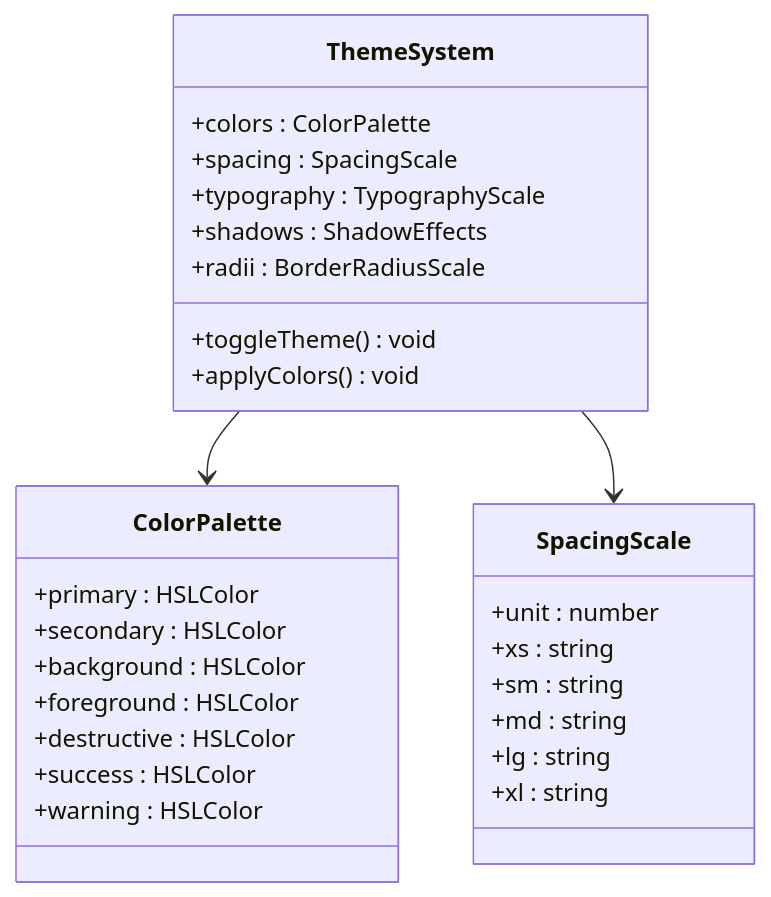
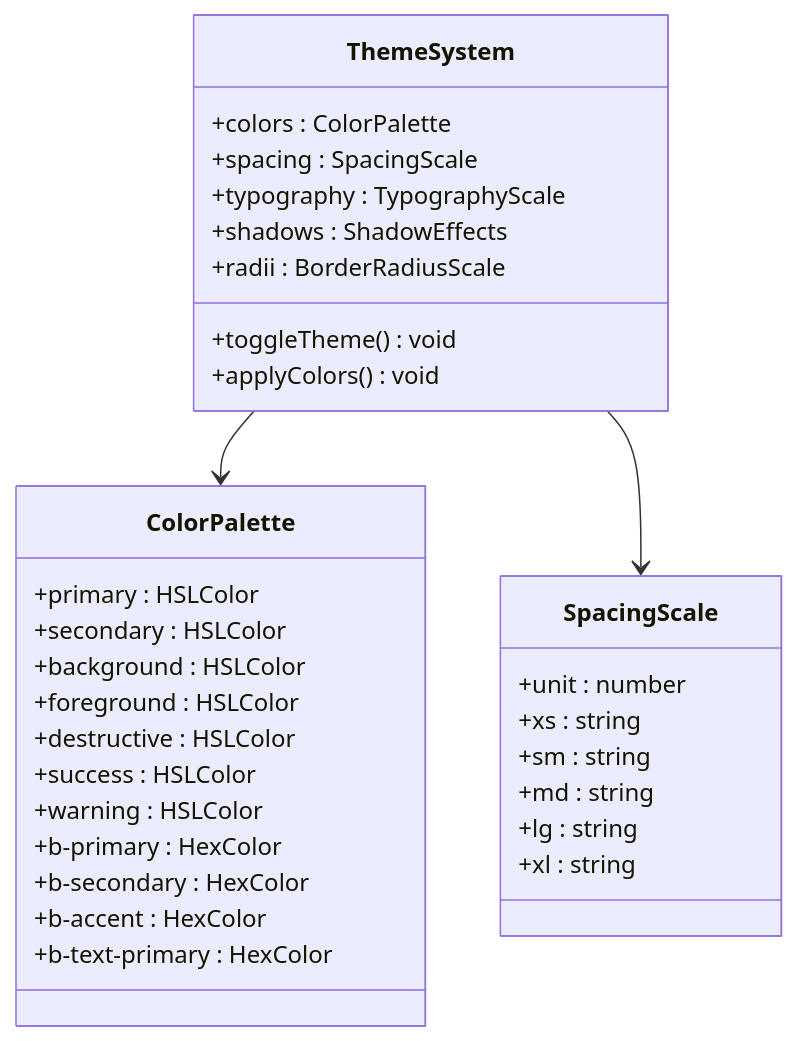
Before and after one commit to RadiumAg/bilibili-favorites: the second of 18 diagrams in .qoder/repowiki/zh/content/开发指南/UI_UX专业设计系统.md, drawn with Mermaid. The commit also changed other lines of this file and 4 other files, not shown here.

````diff
--- a/.qoder/repowiki/zh/content/开发指南/UI_UX专业设计系统.md
+++ b/.qoder/repowiki/zh/content/开发指南/UI_UX专业设计系统.md
@@ -88,31 +108,35 @@
 ```mermaid
 classDiagram
 class ThemeSystem {
 +colors : ColorPalette
 +spacing : SpacingScale
 +typography : TypographyScale
 +shadows : ShadowEffects
 +radii : BorderRadiusScale
 +toggleTheme() void
 +applyColors() void
 }
 class ColorPalette {
 +primary : HSLColor
 +secondary : HSLColor
 +background : HSLColor
 +foreground : HSLColor
 +destructive : HSLColor
 +success : HSLColor
 +warning : HSLColor
++b-primary : HexColor
++b-secondary : HexColor
++b-accent : HexColor
++b-text-primary : HexColor
 }
 class SpacingScale {
 +unit : number
 +xs : string
 +sm : string
 +md : string
 +lg : string
 +xl : string
 }
 ThemeSystem --> ColorPalette
 ThemeSystem --> SpacingScale
 ```
````
